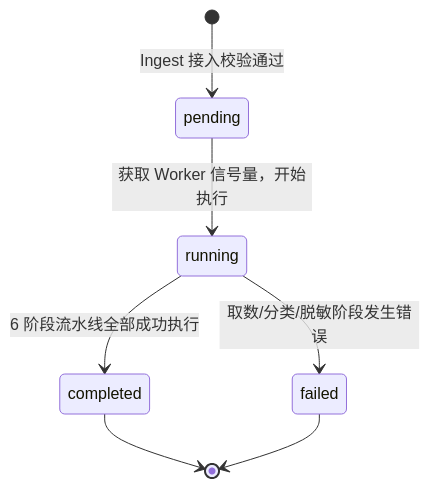
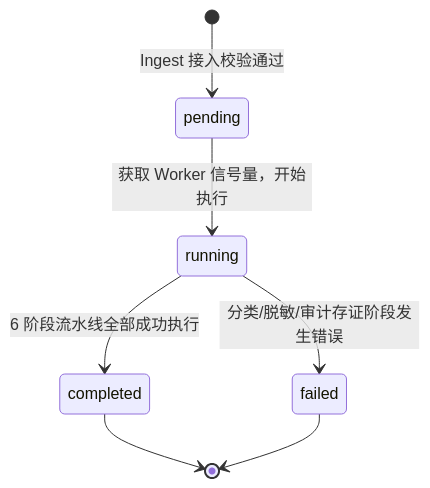
The third of 4 diagrams in services/service-hub/docs/learning-guide.md (fengzhizi319/PrivShield-go), drawn with Mermaid before and after one commit. The commit also changed other lines of this file and 68 other files, not shown here.

````diff
--- a/services/service-hub/docs/learning-guide.md
+++ b/services/service-hub/docs/learning-guide.md
@@ -429,9 +446,9 @@
 ```mermaid
 stateDiagram-v2
     [*] --> pending: Ingest 接入校验通过
     pending --> running: 获取 Worker 信号量，开始执行
     running --> completed: 6 阶段流水线全部成功执行
-    running --> failed: 取数/分类/脱敏阶段发生错误
+    running --> failed: 分类/脱敏/审计存证阶段发生错误
     completed --> [*]
     failed --> [*]
 ```
````
